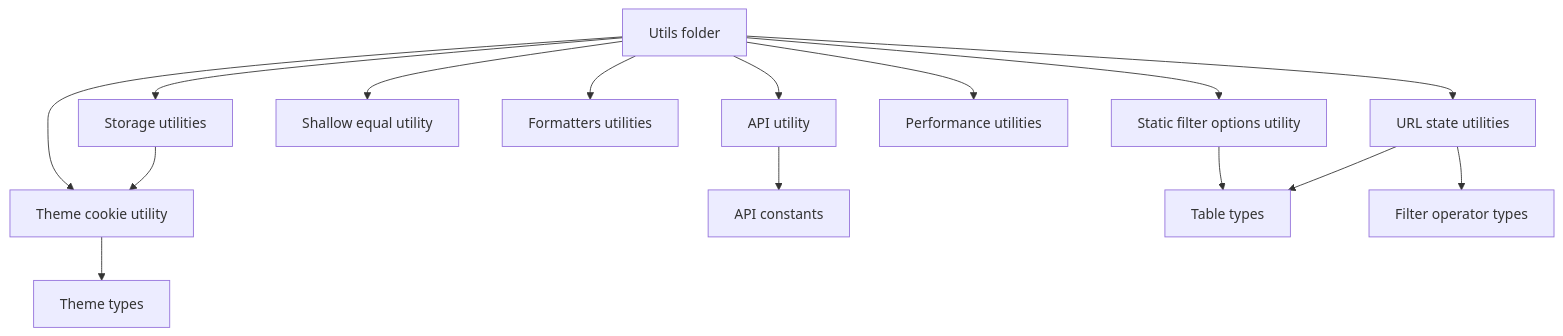
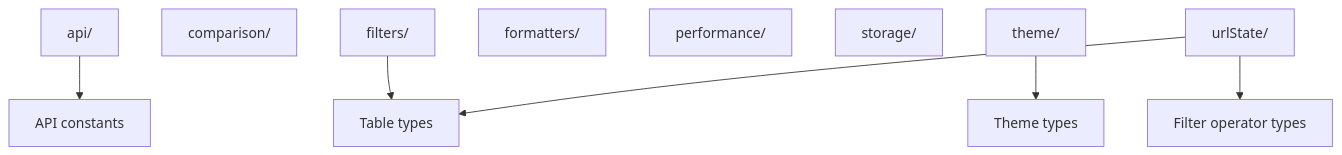
The diagram in src/utils/ARCHITECTURE.md (luciocabrera/lcabrera-stack), drawn with Mermaid before and after one commit. The commit also changed other lines of this file and 25 other files, not shown here.

````diff
--- a/src/utils/ARCHITECTURE.md
+++ b/src/utils/ARCHITECTURE.md
@@ -28,28 +31,17 @@
 ```mermaid
 graph TD
-  Utils[Utils folder]
-  API[API utility]
-  StaticFilters[Static filter options utility]
-  Shallow[Shallow equal utility]
-  ThemeCookie[Theme cookie utility]
-  Formatters[Formatters utilities]
-  Storage[Storage utilities]
-  Perf[Performance utilities]
-  URLState[URL state utilities]
-
-  Utils --> API
-  Utils --> StaticFilters
-  Utils --> Shallow
-  Utils --> ThemeCookie
-  Utils --> Formatters
-  Utils --> Storage
-  Utils --> Perf
-  Utils --> URLState
+  API[api/]
+  Comparison[comparison/]
+  Filters[filters/]
+  Formatters[formatters/]
+  Performance[performance/]
+  Storage[storage/]
+  Theme[theme/]
+  URLState[urlState/]
 
   API --> Constants[API constants]
-  StaticFilters --> TableTypes[Table types]
+  Filters --> TableTypes[Table types]
   URLState --> TableTypes
   URLState --> FilterTypes[Filter operator types]
-  ThemeCookie --> ThemeTypes[Theme types]
-  Storage --> ThemeCookie
+  Theme --> ThemeTypes[Theme types]
 ```
````
